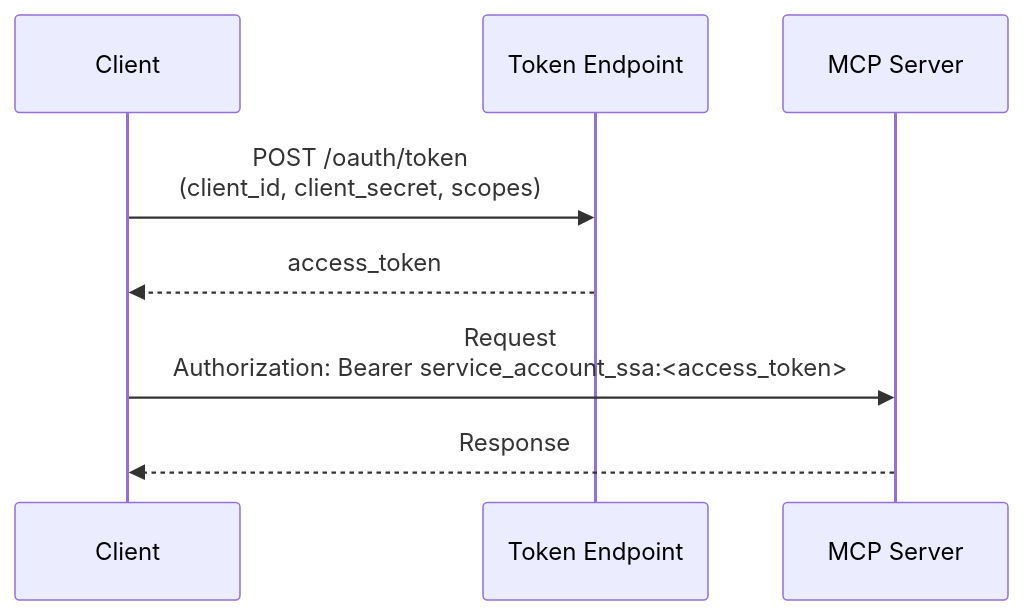
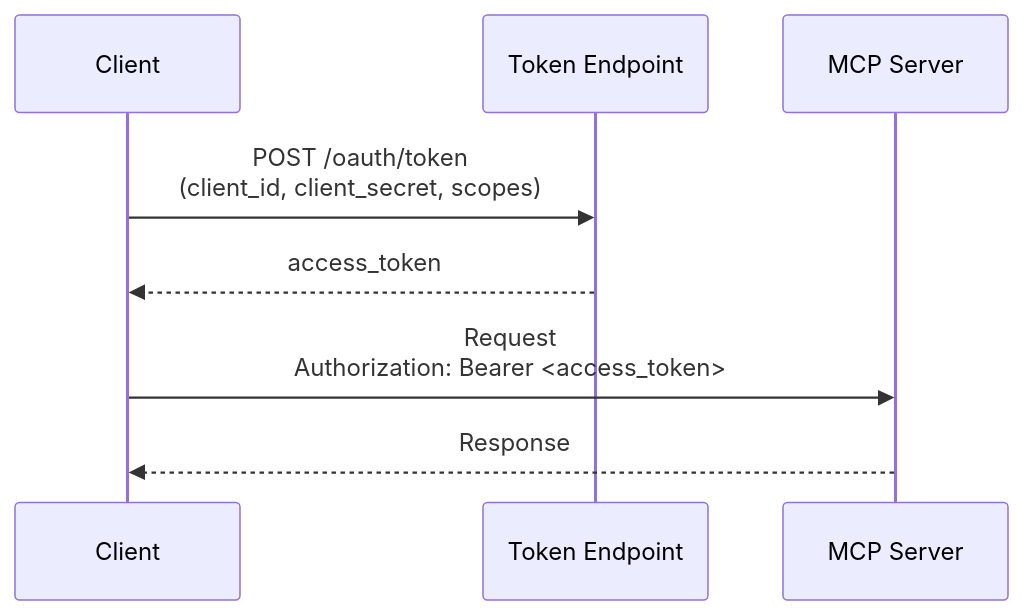
Before and after one commit to NVIDIA/NeMo-Agent-Toolkit: the first of 2 diagrams in docs/source/workflows/mcp/mcp-service-account-auth.md, drawn with Mermaid. The commit also changed other lines of this file and 1 other file, not shown here.

````diff
--- a/docs/source/workflows/mcp/mcp-service-account-auth.md
+++ b/docs/source/workflows/mcp/mcp-service-account-auth.md
@@ -176,11 +171,11 @@
 ```mermaid
 sequenceDiagram
     participant Client
     participant Token Endpoint
     participant MCP Server
 
     Client->>Token Endpoint: POST /oauth/token<br/>(client_id, client_secret, scopes)
     Token Endpoint-->>Client: access_token
-    Client->>MCP Server: Request<br/>Authorization: Bearer service_account_ssa:<access_token>
+    Client->>MCP Server: Request<br/>Authorization: Bearer <access_token>
     MCP Server-->>Client: Response
 ```
````
